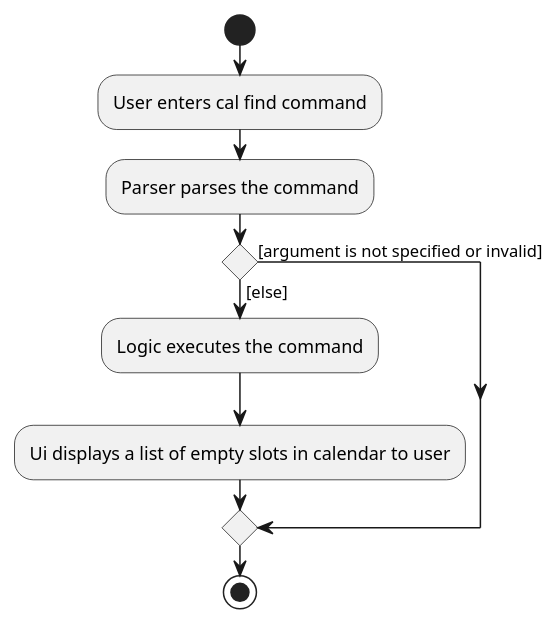
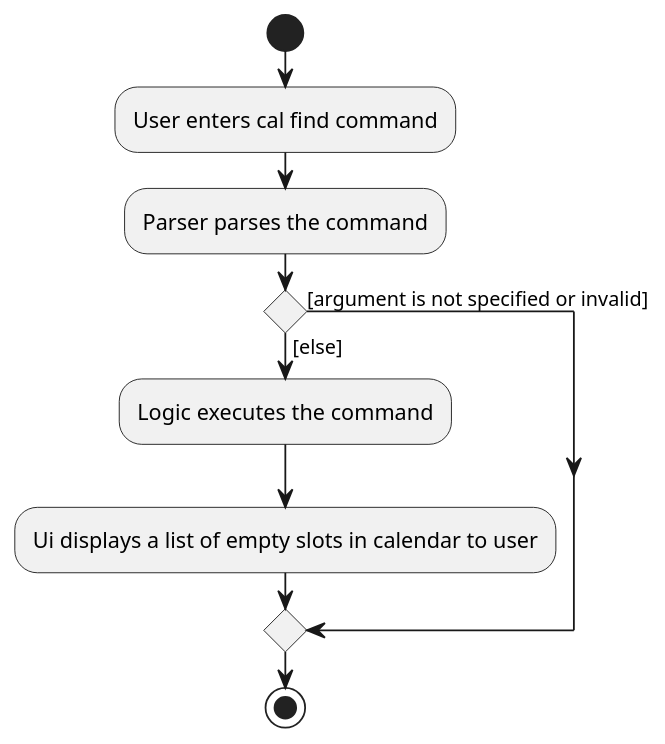
The diagram in docs/diagrams/CalFindActivityDiagram.puml (zixinn/main), drawn with PlantUML before and after one commit. The commit also changed 26 other files, not shown here.

Commit message:
Diagram pain

```diff
--- a/docs/diagrams/CalFindActivityDiagram.puml
+++ b/docs/diagrams/CalFindActivityDiagram.puml
@@ -1,14 +1,15 @@
 @startuml
+scale 1.2
 start
 :User enters cal find command;
 :Parser parses the command;
 'Since the beta syntax does not support placing the condition outside the
 'diamond we place it as the true branch instead.
 
 if () then ([else])
     :Logic executes the command;
     :Ui displays a list of empty slots in calendar to user;
 else ([argument is not specified or invalid])
 endif
 stop
 @enduml
```
